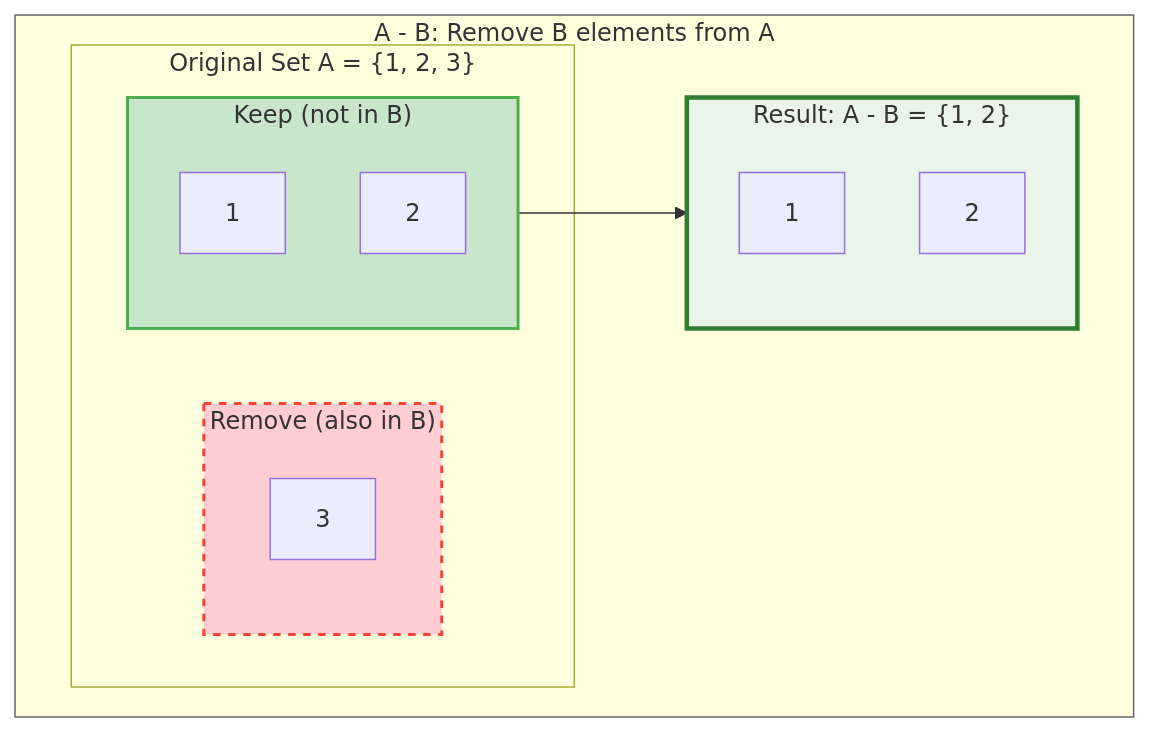
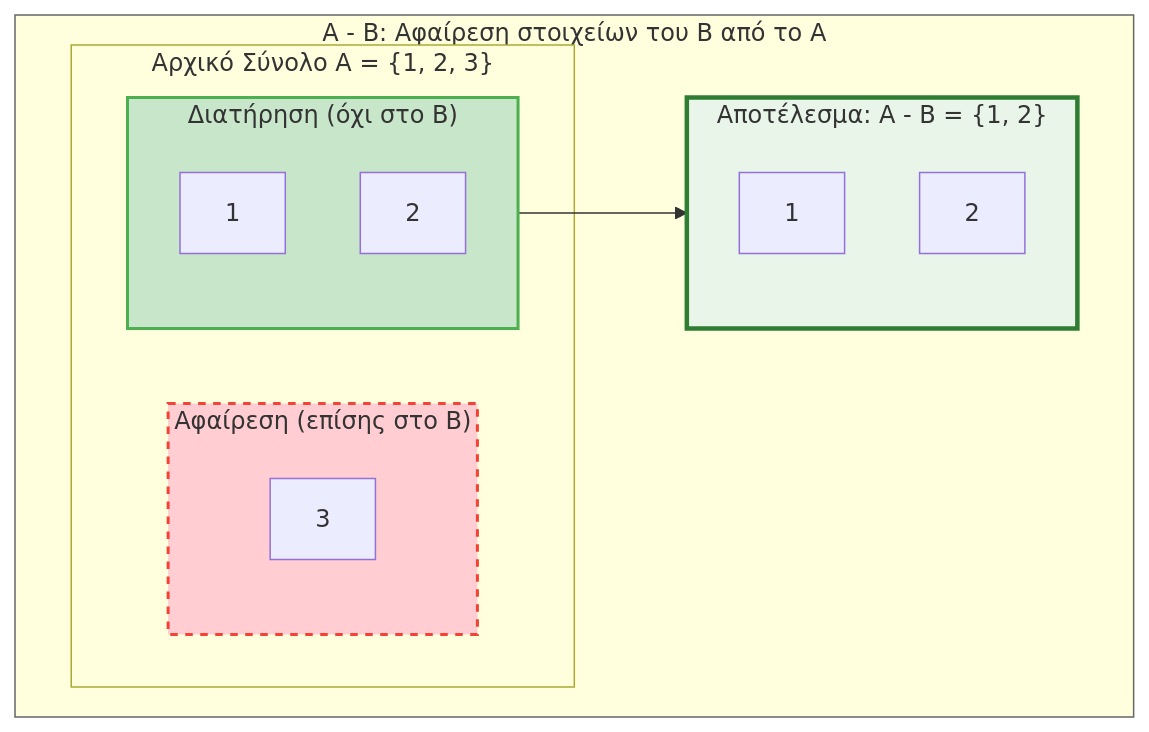
The fourth of 6 diagrams in Year_1/Semester_2/DISCRETE_MATHEMATICS/Resources/Notes/2_Operations & Venn Diagrams.md (PanagopoulosNikolaos/DitOpenNotes), drawn with Mermaid before and after one commit. The commit also changed other lines of this file and 8 other files, not shown here.

````diff
--- a/Year_1/Semester_2/DISCRETE_MATHEMATICS/Resources/Notes/2_Operations & Venn Diagrams.md
+++ b/Year_1/Semester_2/DISCRETE_MATHEMATICS/Resources/Notes/2_Operations & Venn Diagrams.md
@@ -101,27 +101,27 @@
 ```mermaid
 graph TD
-    subgraph Operation ["A - B: Remove B elements from A"]
-        subgraph Original ["Original Set A = {1, 2, 3}"]
-            subgraph Keep [" Keep (not in B)"]
+    subgraph Operation ["A - B: Αφαίρεση στοιχείων του B από το A"]
+        subgraph Original ["Αρχικό Σύνολο A = {1, 2, 3}"]
+            subgraph Keep [" Διατήρηση (όχι στο B)"]
                 style Keep fill:#c8e6c9,stroke:#4caf50,stroke-width:2px
                 k1[1]
                 k2[2]
             end
             
-            subgraph Remove [" Remove (also in B)"]
+            subgraph Remove [" Αφαίρεση (επίσης στο B)"]
                 style Remove fill:#ffcdd2,stroke:#f44336,stroke-width:2px,stroke-dasharray: 5 5
                 r3[3]
             end
         end
         
-        subgraph Result [" Result: A - B = {1, 2}"]
+        subgraph Result [" Αποτέλεσμα: A - B = {1, 2}"]
             style Result fill:#e8f5e8,stroke:#2e7d32,stroke-width:3px
             res1[1]
             res2[2]
         end
     end
     
     Keep --> Result
     style Operation fill:#f,stroke:#666
 
 ```
````
